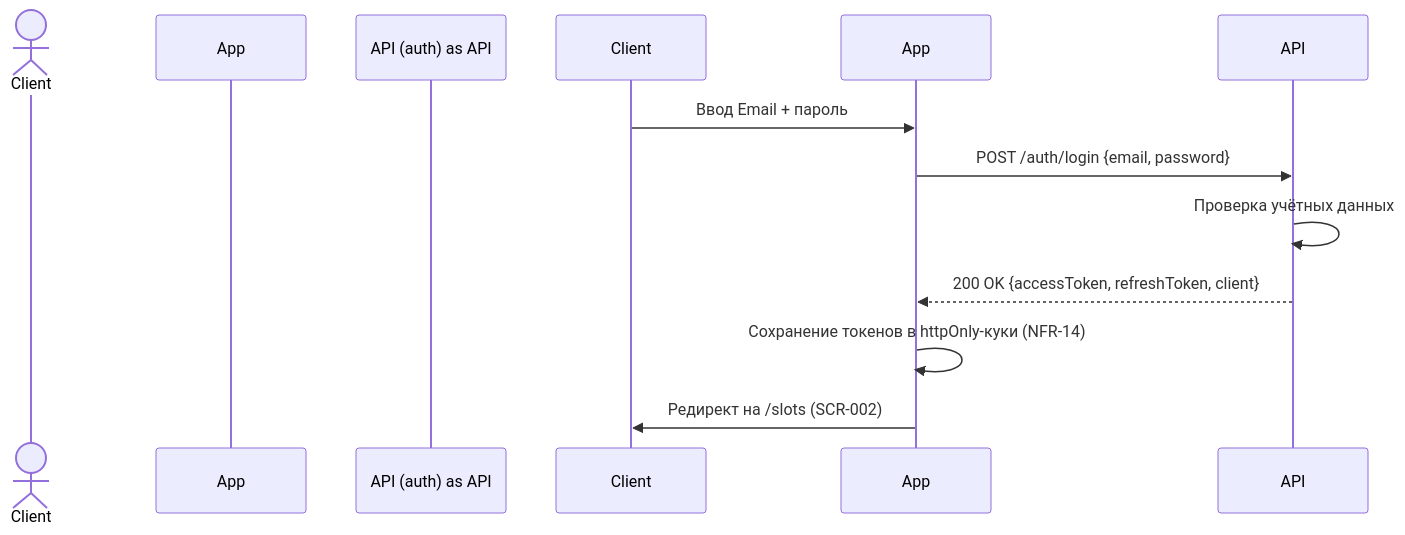
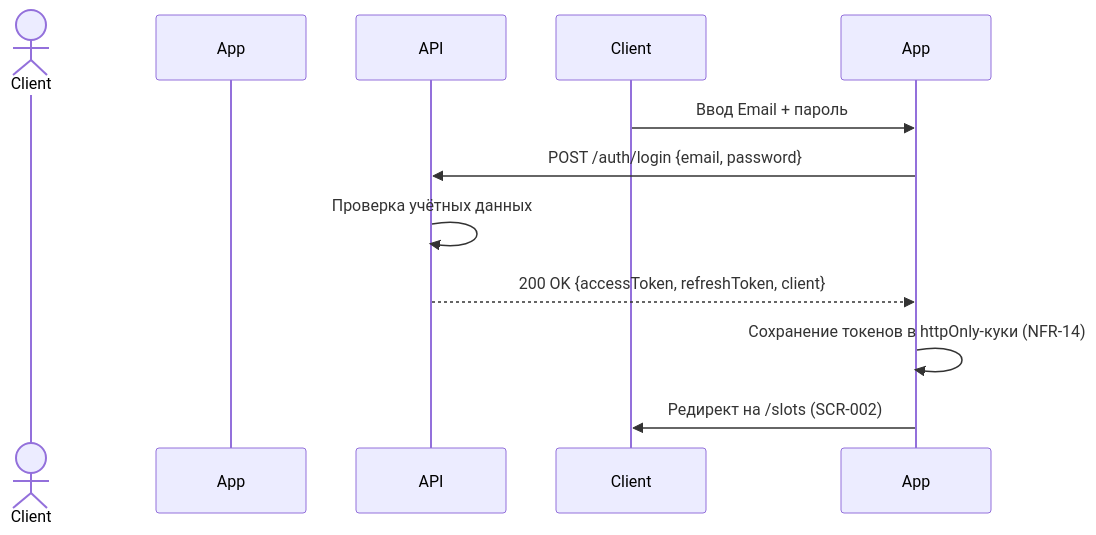
Before and after one commit to volchonok-a/cooking-studio-summer-school: the first of 3 diagrams in 01-analytics/4-design/api-sequence.md, drawn with Mermaid. The commit also changed other lines of this file and 2 other files, not shown here.

````diff
--- a/01-analytics/4-design/api-sequence.md
+++ b/01-analytics/4-design/api-sequence.md
@@ -17,13 +16,13 @@
 ```mermaid
 sequenceDiagram
     actor Клиент as Client
     participant Приложение as App
-    participant API (auth) as API
+    participant API as API
     
     Client->>App: Ввод Email + пароль
     App->>API: POST /auth/login {email, password}
     API->>API: Проверка учётных данных
     API-->>App: 200 OK {accessToken, refreshToken, client}
     App->>App: Сохранение токенов в httpOnly-куки (NFR-14)
     App->>Client: Редирект на /slots (SCR-002)
 ```
````
